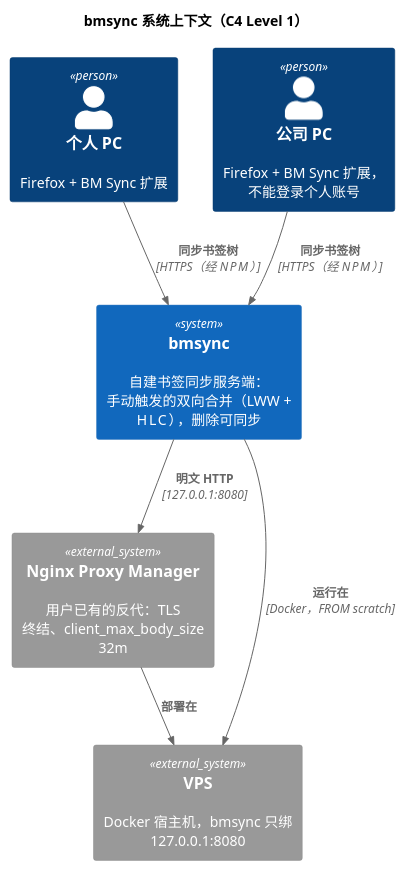
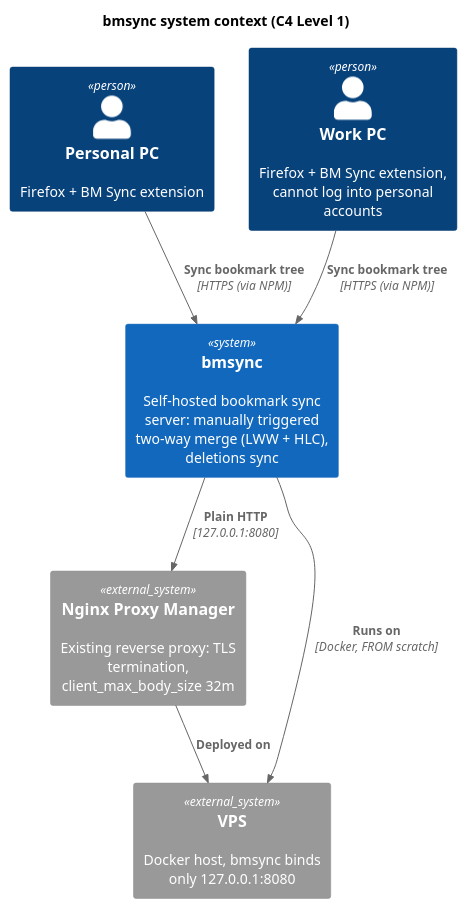
One commit to tilv37/sync-bookmark changed the diagram in docs/c4/c4-context.puml. Above: the diagram before and after it, drawn with PlantUML. The commit also changed other lines of this file and 94 other files, not shown here.

```diff
--- a/docs/c4/c4-context.puml
+++ b/docs/c4/c4-context.puml
@@ -5,20 +5,20 @@
 @startuml c4-context
 !include https://raw.githubusercontent.com/plantuml-stdlib/C4-PlantUML/master/C4_Context.puml
 
-title bmsync 系统上下文（C4 Level 1）
+title bmsync system context (C4 Level 1)
 
-Person(personal, "个人 PC", "Firefox + BM Sync 扩展")
-Person(company, "公司 PC", "Firefox + BM Sync 扩展，不能登录个人账号")
+Person(personal, "Personal PC", "Firefox + BM Sync extension")
+Person(company, "Work PC", "Firefox + BM Sync extension, cannot log into personal accounts")
 
-System(bmsync, "bmsync", "自建书签同步服务端：手动触发的双向合并（LWW + HLC），删除可同步")
-System_Ext(npm, "Nginx Proxy Manager", "用户已有的反代：TLS 终结、client_max_body_size 32m")
-System_Ext(vps, "VPS", "Docker 宿主机，bmsync 只绑 127.0.0.1:8080")
+System(bmsync, "bmsync", "Self-hosted bookmark sync server: manually triggered two-way merge (LWW + HLC), deletions sync")
+System_Ext(npm, "Nginx Proxy Manager", "Existing reverse proxy: TLS termination, client_max_body_size 32m")
+System_Ext(vps, "VPS", "Docker host, bmsync binds only 127.0.0.1:8080")
 
-Rel(personal, bmsync, "同步书签树", "HTTPS（经 NPM）")
-Rel(company, bmsync, "同步书签树", "HTTPS（经 NPM）")
-Rel(bmsync, npm, "明文 HTTP", "127.0.0.1:8080")
-Rel(npm, vps, "部署在", "")
-Rel(bmsync, vps, "运行在", "Docker，FROM scratch")
+Rel(personal, bmsync, "Sync bookmark tree", "HTTPS (via NPM)")
+Rel(company, bmsync, "Sync bookmark tree", "HTTPS (via NPM)")
+Rel(bmsync, npm, "Plain HTTP", "127.0.0.1:8080")
+Rel(npm, vps, "Deployed on", "")
+Rel(bmsync, vps, "Runs on", "Docker, FROM scratch")
 
-' 最大未知数（HANDOVER §5.4）：公司网络若拦截自建域名，左侧链路整体不可用
+' Biggest unknown (HANDOVER §5.4): if the corporate network blocks the self-hosted domain, the whole left-side link is unusable
 @enduml
```
